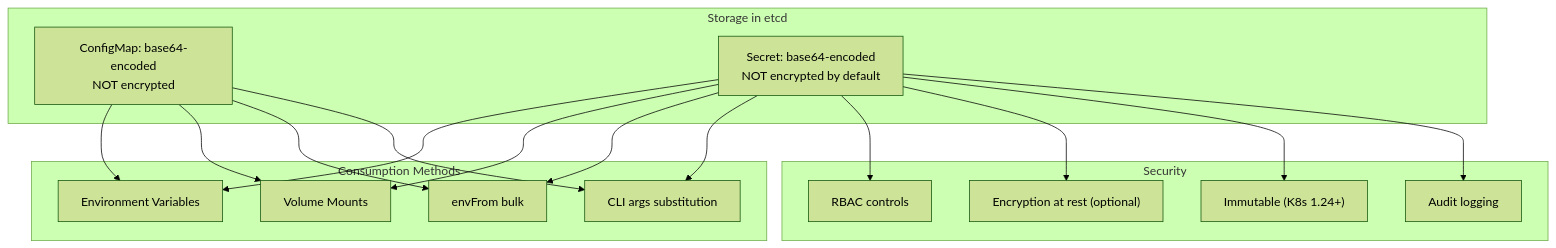
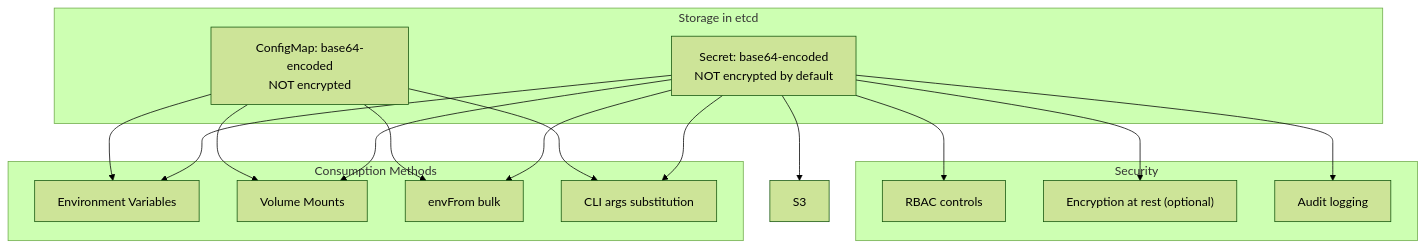
Before and after one commit to MattiaFanan/k8s-notes: the first of 2 diagrams in 06-configmaps-secrets/2-mechanics/03-secret-behavior.md, drawn with Mermaid (forest theme). The commit also changed other lines of this file and 46 other files, not shown here.

````diff
--- a/06-configmaps-secrets/2-mechanics/03-secret-behavior.md
+++ b/06-configmaps-secrets/2-mechanics/03-secret-behavior.md
@@ -233,34 +235,34 @@
 ```mermaid
 flowchart TD
     subgraph Storage[Storage in etcd]
         CM["ConfigMap: base64-encoded<br/>NOT encrypted"]
         S["Secret: base64-encoded<br/>NOT encrypted by default"]
     end
 
     subgraph Consumption[Consumption Methods]
         C1["Environment Variables"]
         C2["Volume Mounts"]
         C3["envFrom bulk"]
         C4["CLI args substitution"]
     end
 
     subgraph Security[Security]
         S1["RBAC controls"]
         S2["Encryption at rest (optional)"]
-        S3["Immutable (K8s 1.24+)"]
+        S4["Immutable (K8s 1.21+)"]
         S4["Audit logging"]
     end
 
     CM --> C1
     S --> C1
     CM --> C2
     S --> C2
     CM --> C3
     S --> C3
     CM --> C4
     S --> C4
     S --> S1
     S --> S2
     S --> S3
     S --> S4
 ```
````
